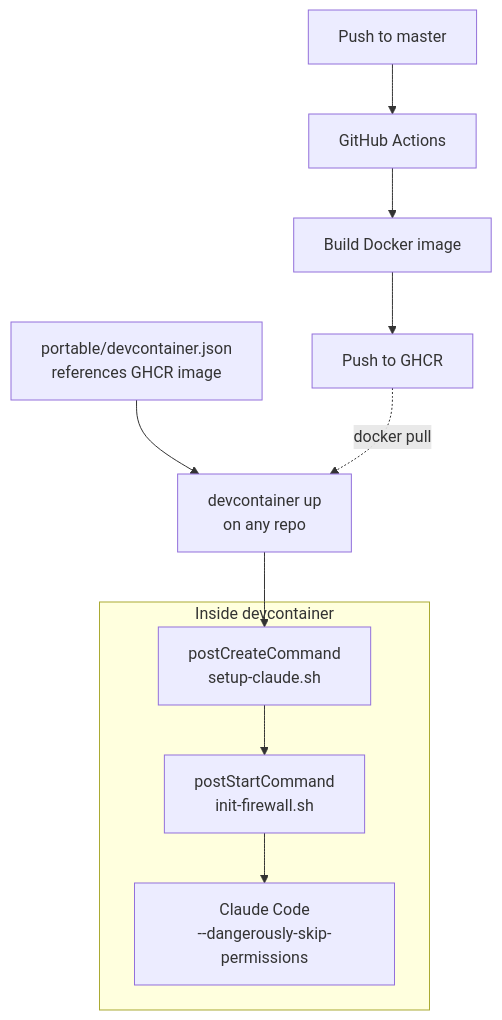
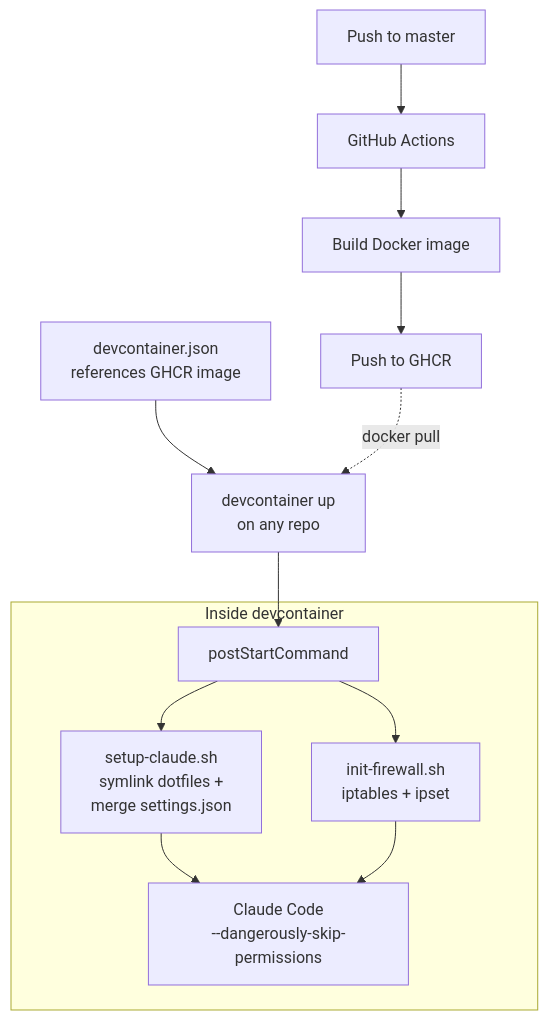
The diagram in _posts/2026-03-18-claude-code-devcontainer.md (ktrysmt/ktrysmt.github.io), drawn with Mermaid before and after one commit. The commit also changed other lines of this file and 1 other file, not shown here.

````diff
--- a/_posts/2026-03-18-claude-code-devcontainer.md
+++ b/_posts/2026-03-18-claude-code-devcontainer.md
@@ -35,13 +33,15 @@
 ```mermaid
 graph TD
   A[Push to master] --> B[GitHub Actions]
   B --> C[Build Docker image]
   C --> D[Push to GHCR]
-  E[portable/devcontainer.json<br>references GHCR image]  --> F[devcontainer up<br>on any repo]
+  E[devcontainer.json<br>references GHCR image] --> F[devcontainer up<br>on any repo]
   D -.-> |docker pull| F
-  F --> G[postCreateCommand<br>setup-claude.sh]
+  F --> G[postStartCommand]
   subgraph container [Inside devcontainer]
-    G --> H[postStartCommand<br>init-firewall.sh]
-    H --> I[Claude Code<br>--dangerously-skip-permissions]
+    G --> H[setup-claude.sh<br>symlink dotfiles +<br>merge settings.json]
+    G --> I[init-firewall.sh<br>iptables + ipset]
+    H --> J[Claude Code<br>--dangerously-skip-permissions]
+    I --> J
   end
 ```
````
